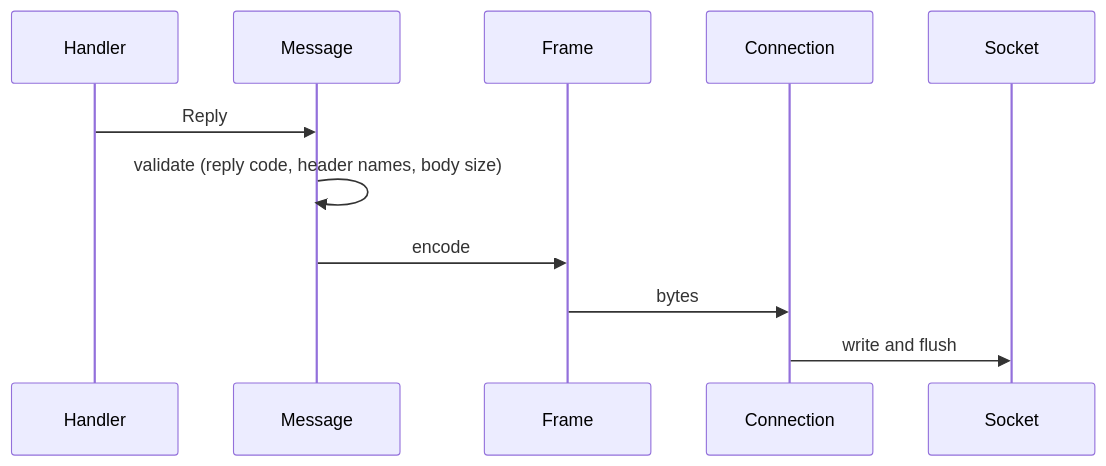
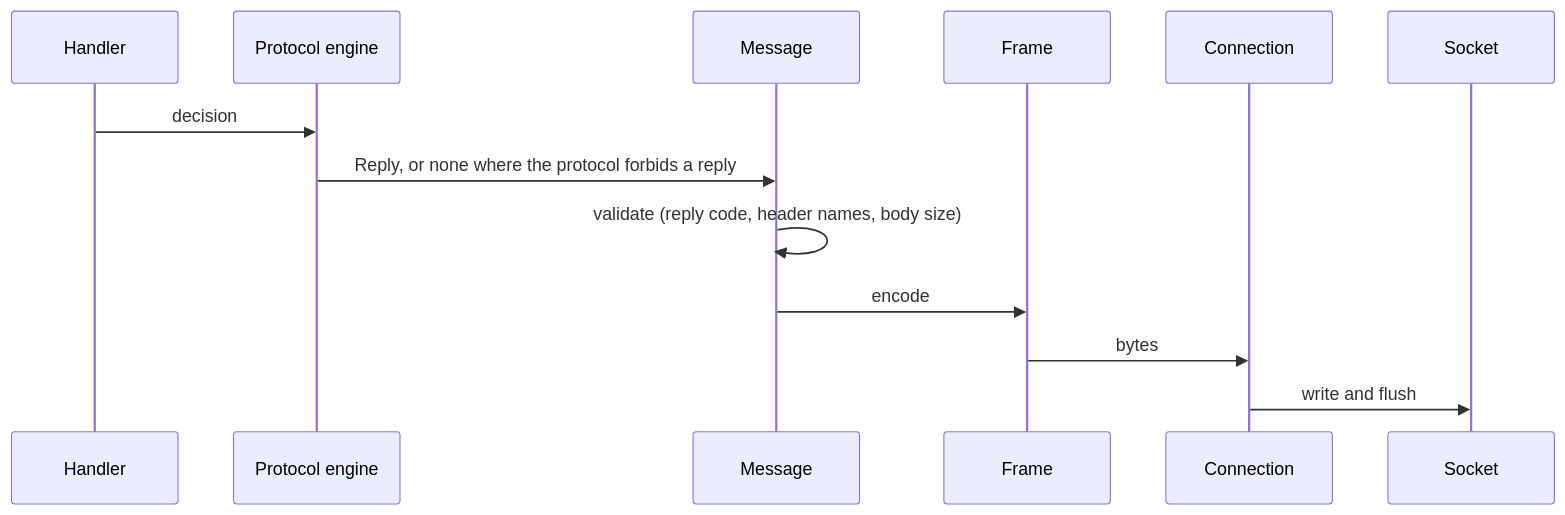
The fourth of 7 diagrams in docs/explanation/architecture.md (photom/rust-milter), drawn with Mermaid before and after one commit. The commit also changed other lines of this file and 14 other files, not shown here.

````diff
--- a/docs/explanation/architecture.md
+++ b/docs/explanation/architecture.md
@@ -253,14 +266,16 @@
 ```mermaid
 sequenceDiagram
     participant Handler
+    participant Engine as Protocol engine
     participant Message
     participant Frame
     participant Connection
     participant Socket
 
-    Handler->>Message: Reply
+    Handler->>Engine: decision
+    Engine->>Message: Reply, or none where the protocol forbids a reply
     Message->>Message: validate (reply code, header names, body size)
     Message->>Frame: encode
     Frame->>Connection: bytes
     Connection->>Socket: write and flush
 ```
````
